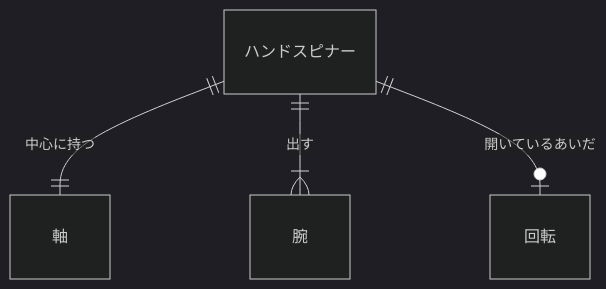
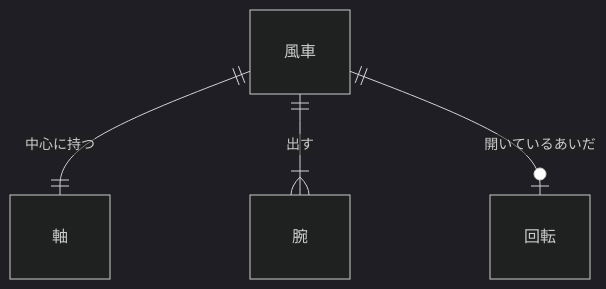
One commit to pfgnsb/hand-spinner changed the first of 2 diagrams in spinner/ドキュメント/データベース設計.md. Above: the diagram before and after it, drawn with Mermaid (dark theme). The commit also changed other lines of this file and 13 other files, not shown here.

````diff
--- a/spinner/ドキュメント/データベース設計.md
+++ b/spinner/ドキュメント/データベース設計.md
@@ -40,6 +40,6 @@
 ```mermaid
 erDiagram
-  ハンドスピナー ||--|| 軸 : 中心に持つ
-  ハンドスピナー ||--|{ 腕 : 出す
-  ハンドスピナー ||--o| 回転 : 開いているあいだ
+  風車 ||--|| 軸 : 中心に持つ
+  風車 ||--|{ 腕 : 出す
+  風車 ||--o| 回転 : 開いているあいだ
 ```
````
